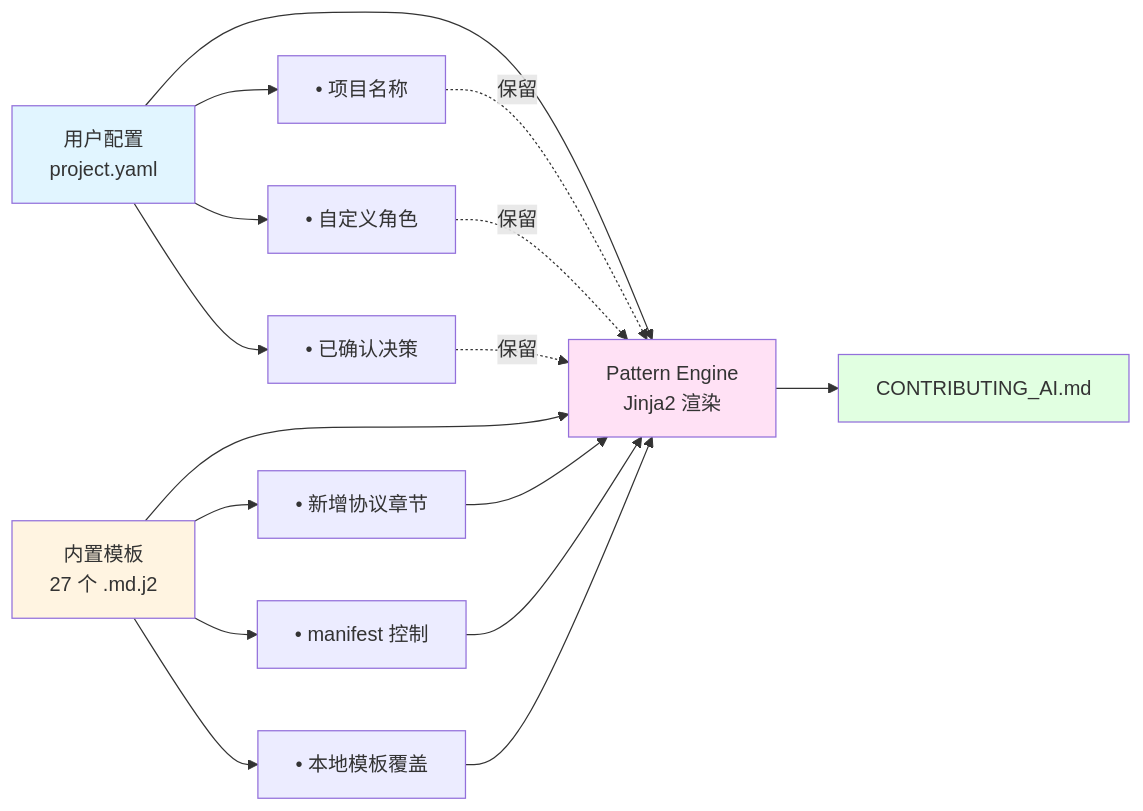
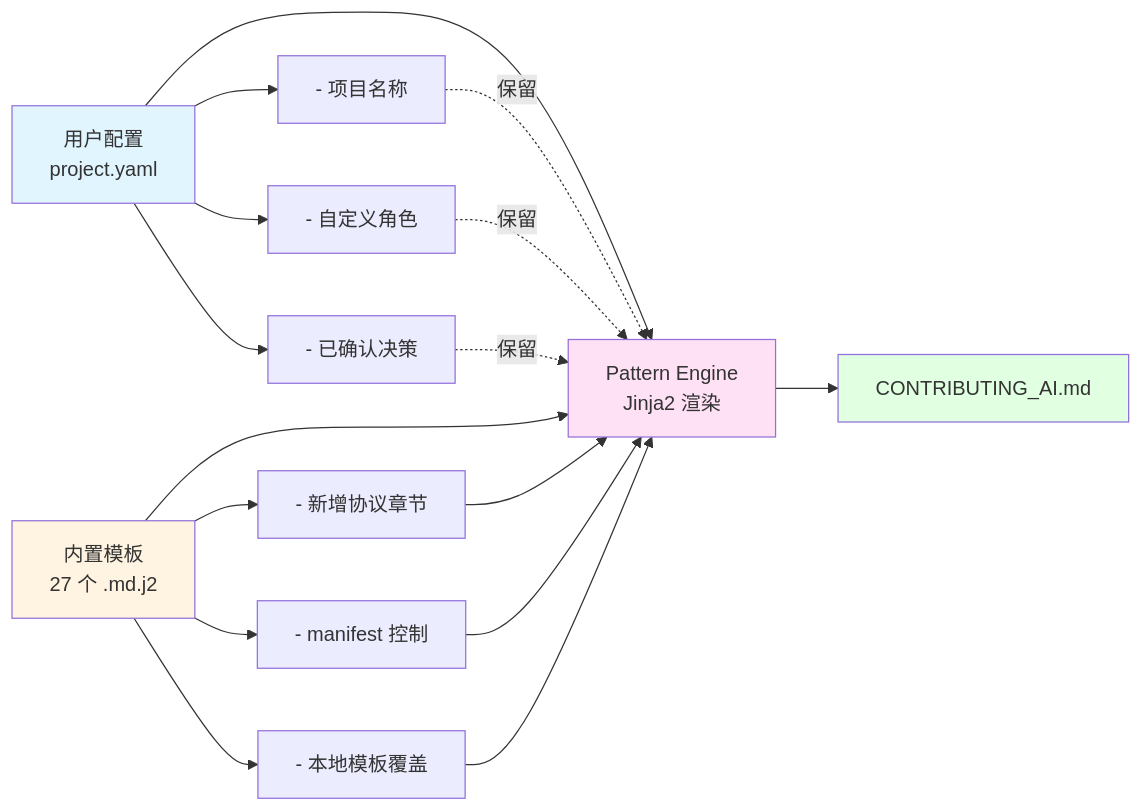
Before and after one commit to flashpoint493/VibeCollab: the diagram in README.zh-CN.md, drawn with Mermaid. The commit also changed other lines of this file and 20 other files, not shown here.

````diff
--- a/README.zh-CN.md
+++ b/README.zh-CN.md
@@ -516,27 +525,27 @@
 ```mermaid
 flowchart LR
     A[用户配置<br/>project.yaml] --> C[Pattern Engine<br/>Jinja2 渲染]
     B[内置模板<br/>27 个 .md.j2] --> C
     
-    A1[• 项目名称] -.保留.-> C
-    A2[• 自定义角色] -.保留.-> C
-    A3[• 已确认决策] -.保留.-> C
+    A1[- 项目名称] -.保留.-> C
+    A2[- 自定义角色] -.保留.-> C
+    A3[- 已确认决策] -.保留.-> C
     
-    B1[• 新增协议章节] --> C
-    B2[• manifest 控制] --> C
-    B3[• 本地模板覆盖] --> C
+    B1[- 新增协议章节] --> C
+    B2[- manifest 控制] --> C
+    B3[- 本地模板覆盖] --> C
     
     C --> D[CONTRIBUTING_AI.md]
     
     A --> A1
     A --> A2
     A --> A3
     B --> B1
     B --> B2
     B --> B3
     
     style A fill:#e1f5ff
     style B fill:#fff4e1
     style C fill:#ffe1f5
     style D fill:#e1ffe1
 ```
````
